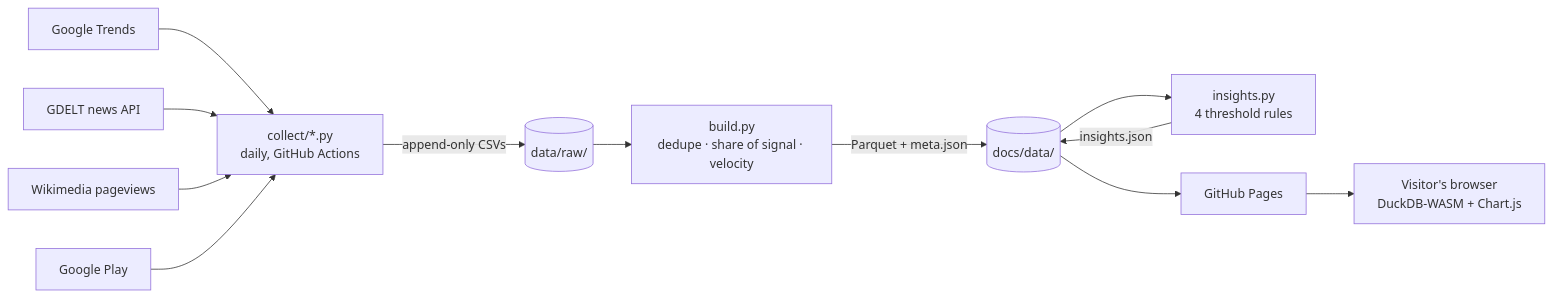
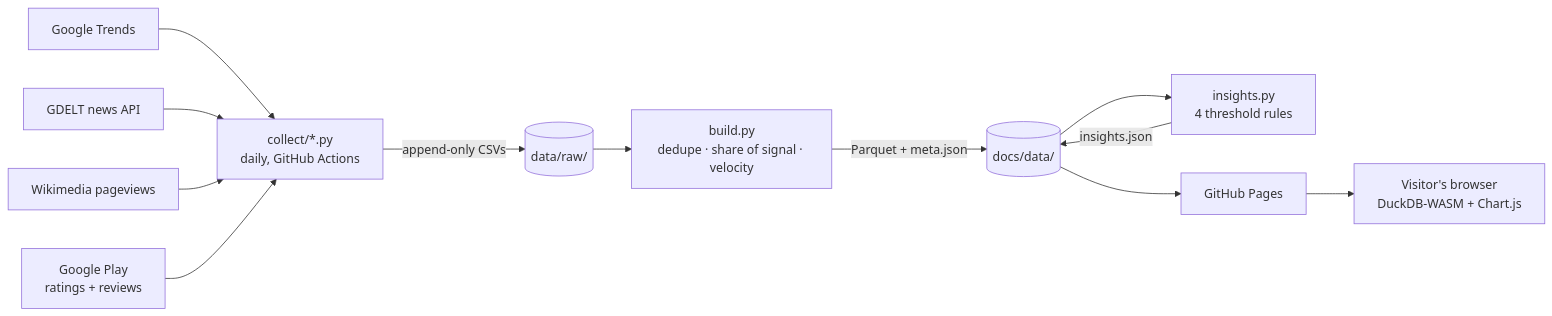
Before and after one commit to sarthakkk23/qcomm-intel: the diagram in README.md, drawn with Mermaid. The commit also changed other lines of this file and 10 other files, not shown here.

````diff
--- a/README.md
+++ b/README.md
@@ -24,14 +25,14 @@
 ```mermaid
 flowchart LR
   A[Google Trends] --> C
   B[GDELT news API] --> C
   W[Wikimedia pageviews] --> C
-  P[Google Play] --> C
+  P[Google Play<br/>ratings + reviews] --> C
   C[collect/*.py<br/>daily, GitHub Actions] -->|append-only CSVs| R[(data/raw/)]
   R --> D[build.py<br/>dedupe · share of signal · velocity]
   D -->|Parquet + meta.json| S[(docs/data/)]
   S --> I[insights.py<br/>4 threshold rules]
   I -->|insights.json| S
   S --> G[GitHub Pages]
   G --> V[Visitor's browser<br/>DuckDB-WASM + Chart.js]
 ```
````
